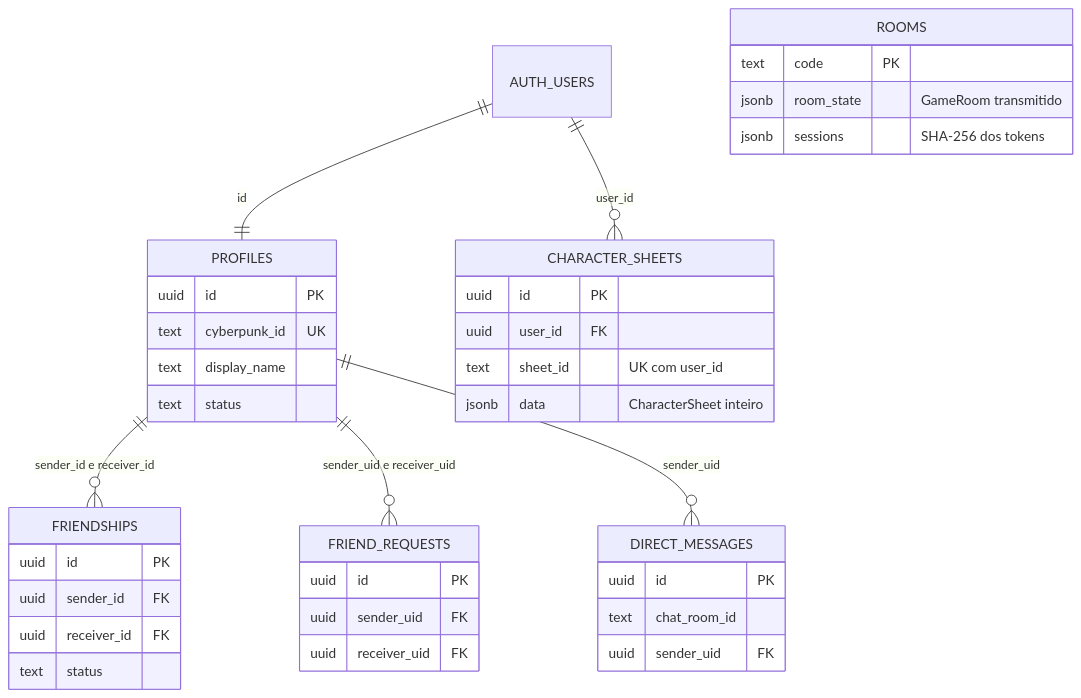
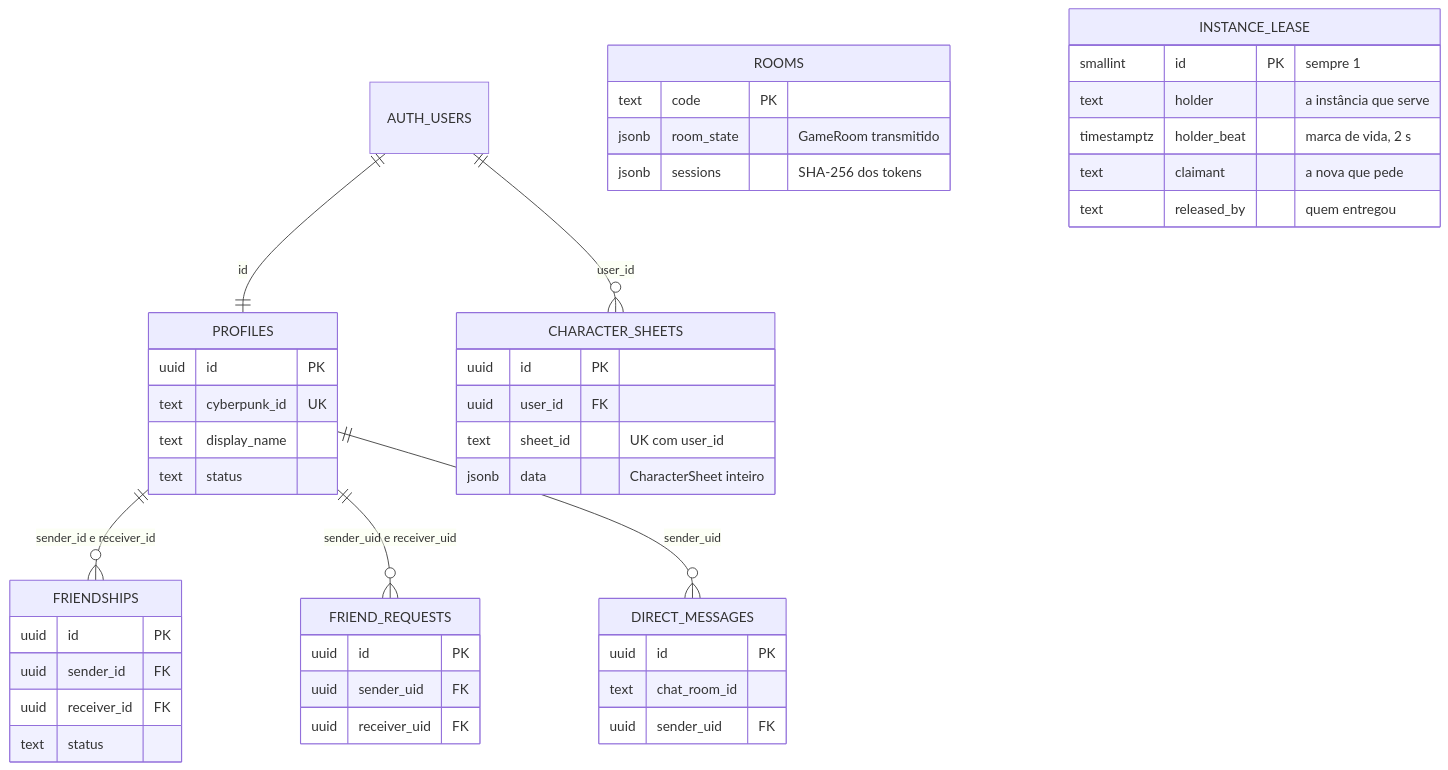
The fifth of 5 diagrams in docs/ARQUITETURA.md (tavinholoco/NetsheetEngine), drawn with Mermaid before and after one commit. The commit also changed other lines of this file and 5 other files, not shown here.

````diff
--- a/docs/ARQUITETURA.md
+++ b/docs/ARQUITETURA.md
@@ -290,42 +290,49 @@
 ```mermaid
 erDiagram
     AUTH_USERS ||--|| PROFILES : "id"
     AUTH_USERS ||--o{ CHARACTER_SHEETS : "user_id"
     PROFILES ||--o{ FRIENDSHIPS : "sender_id e receiver_id"
     PROFILES ||--o{ FRIEND_REQUESTS : "sender_uid e receiver_uid"
     PROFILES ||--o{ DIRECT_MESSAGES : "sender_uid"
 
     PROFILES {
         uuid id PK
         text cyberpunk_id UK
         text display_name
         text status
     }
     CHARACTER_SHEETS {
         uuid id PK
         uuid user_id FK
         text sheet_id "UK com user_id"
         jsonb data "CharacterSheet inteiro"
     }
     FRIENDSHIPS {
         uuid id PK
         uuid sender_id FK
         uuid receiver_id FK
         text status
     }
     FRIEND_REQUESTS {
         uuid id PK
         uuid sender_uid FK
         uuid receiver_uid FK
     }
     DIRECT_MESSAGES {
         uuid id PK
         text chat_room_id
         uuid sender_uid FK
     }
     ROOMS {
         text code PK
         jsonb room_state "GameRoom transmitido"
         jsonb sessions "SHA-256 dos tokens"
     }
+    INSTANCE_LEASE {
+        smallint id PK "sempre 1"
+        text holder "a instância que serve"
+        timestamptz holder_beat "marca de vida, 2 s"
+        text claimant "a nova que pede"
+        text released_by "quem entregou"
+    }
 ```
````
